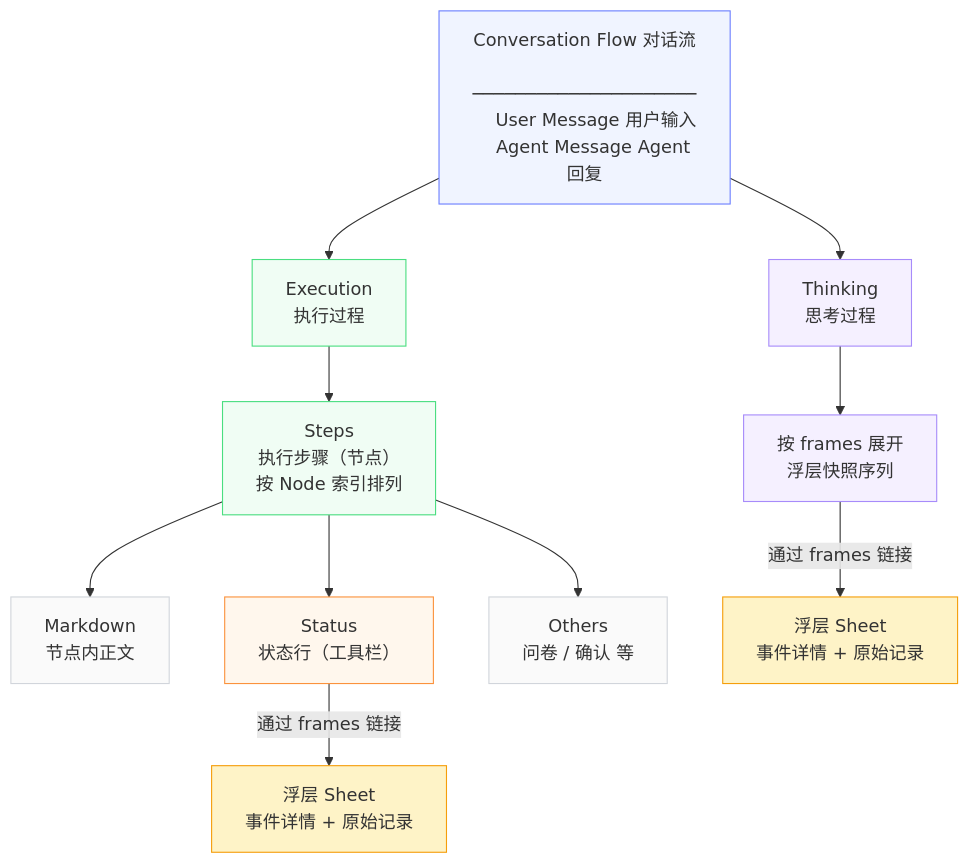
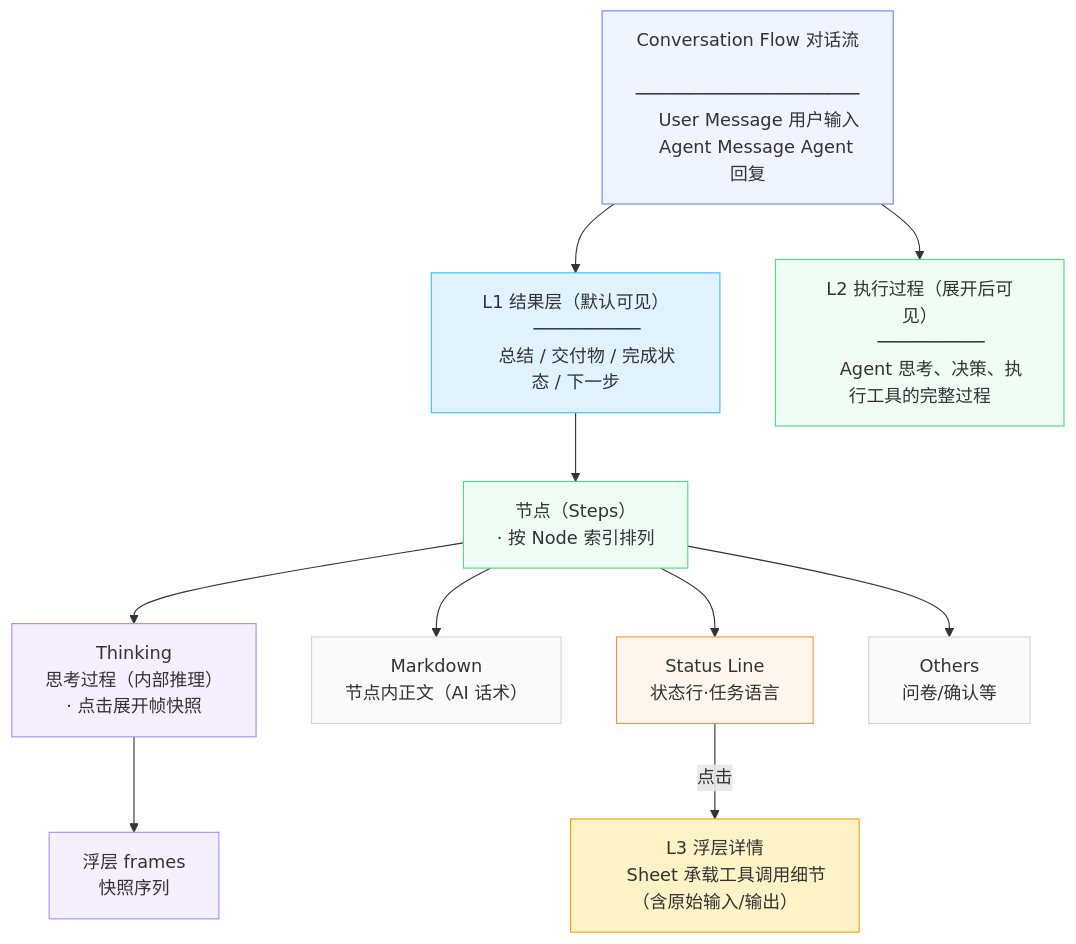
The diagram in docs/交互设计说明/02-信息架构.md (dwf89044485/WB-markdown), drawn with Mermaid before and after one commit. The commit also changed other lines of this file and 11 other files, not shown here.

````diff
--- a/docs/交互设计说明/02-信息架构.md
+++ b/docs/交互设计说明/02-信息架构.md
@@ -5,42 +5,45 @@
 ```mermaid
 flowchart TD
     CF["Conversation Flow 对话流
     ─────────────────────
     User Message 用户输入
     Agent Message Agent 回复"]
 
-    CF --> TK["Thinking
-    思考过程"]
-    CF --> EX["Execution
-    执行过程"]
+    CF --> L1["L1 结果层（默认可见）
+    ──────────
+    总结 / 交付物 / 完成状态 / 下一步"]
 
-    TK --> TF["按 frames 展开
-    浮层快照序列"]
+    CF --> L2["L2 执行过程（展开后可见）
+    ──────────
+    Agent 思考、决策、执行工具的完整过程"]
 
-    EX --> ND["Steps
-    执行步骤（节点）
-    按 Node 索引排列"]
+    L1 --> ND["节点（Steps）
+    · 按 Node 索引排列"]
 
+    ND --> TK["Thinking
+    思考过程（内部推理）
+    · 点击展开帧快照"]
     ND --> MD["Markdown
-    节点内正文"]
-    ND --> ST["Status
-    状态行（工具栏）"]
+    节点内正文（AI 话术）"]
+    ND --> ST["Status Line
+    状态行·任务语言"]
     ND --> OT["Others
-    问卷 / 确认 等"]
+    问卷/确认等"]
 
-    ST --> |通过 frames 链接| SH1["浮层 Sheet
-    事件详情 + 原始记录"]
-    TF --> |通过 frames 链接| SH2["浮层 Sheet
-    事件详情 + 原始记录"]
+    TK --> TF["浮层 frames
+    快照序列"]
+
+    ST --> |点击| L3["L3 浮层详情
+    Sheet 承载工具调用细节（含原始输入/输出）"]
 
     style CF fill:#f0f4ff,stroke:#6b7fff
+    style L1 fill:#e0f2fe,stroke:#38bdf8
+    style L2 fill:#f0fdf4,stroke:#4ade80
+    style ND fill:#f0fdf4,stroke:#4ade80
     style TK fill:#f5f0ff,stroke:#a78bfa
-    style EX fill:#f0fdf4,stroke:#4ade80
-    style ND fill:#f0fdf4,stroke:#4ade80
     style MD fill:#fafafa,stroke:#d1d5db
     style ST fill:#fff7ed,stroke:#fb923c
     style OT fill:#fafafa,stroke:#d1d5db
-    style SH1 fill:#fef3c7,stroke:#f59e0b
-    style SH2 fill:#fef3c7,stroke:#f59e0b
+    style L3 fill:#fef3c7,stroke:#f59e0b
     style TF fill:#f5f0ff,stroke:#a78bfa
 ```
````
